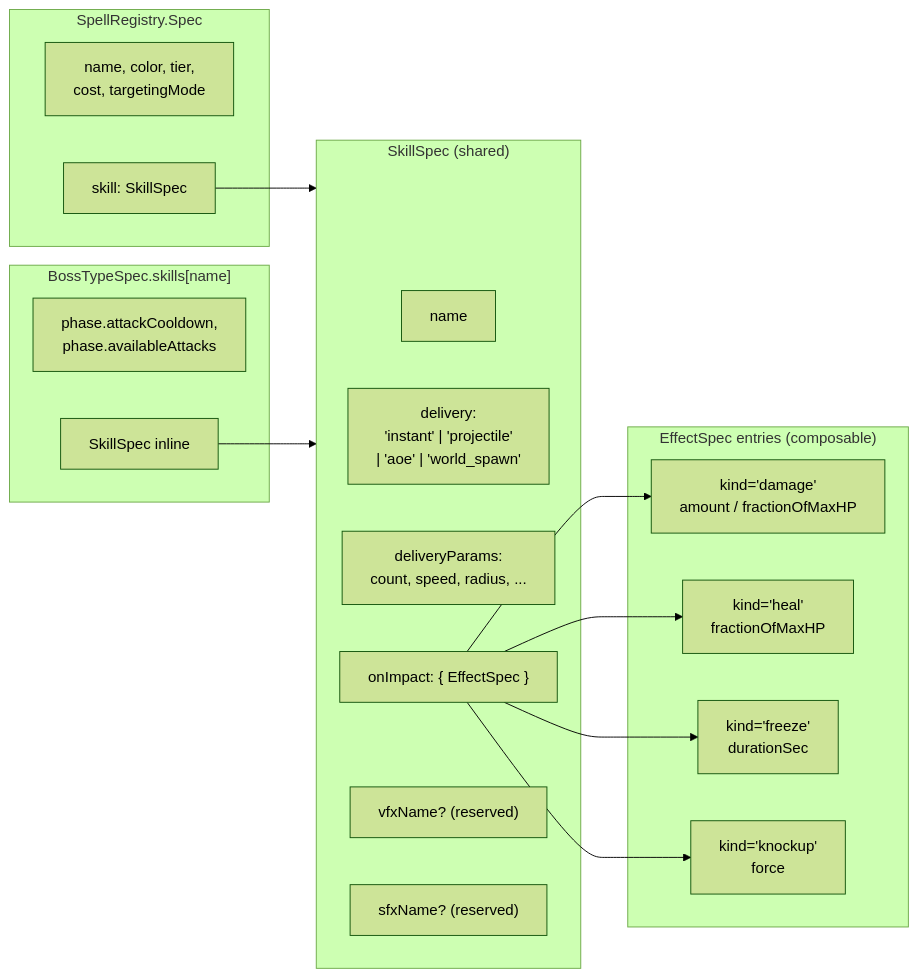
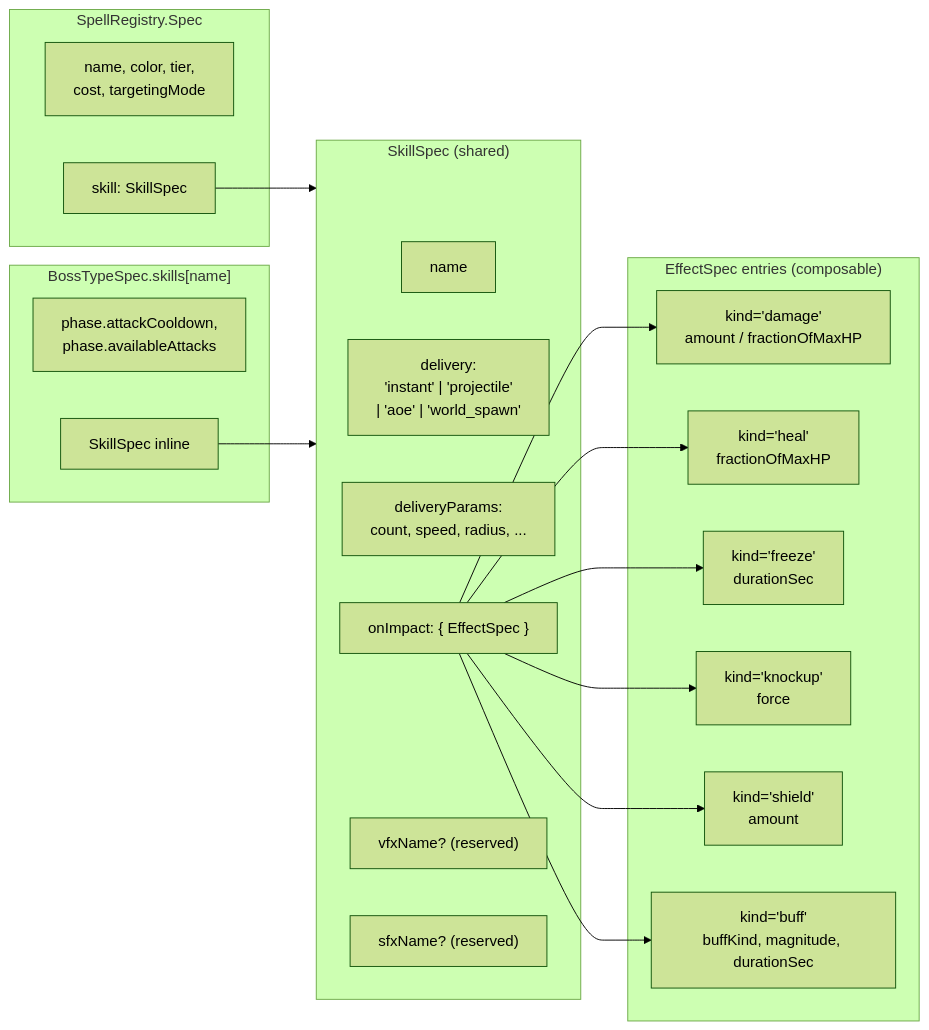
One commit to Lukizanda/brain-fighter changed the second of 5 diagrams in wiki/systems/SkillPipeline.md. Above: the diagram before and after it, drawn with Mermaid (forest theme). The commit also changed other lines of this file and 19 other files, not shown here.

First line of the commit message:
feat(skills): implement shield and buff, delete wall stub (5.2)

````diff
--- a/wiki/systems/SkillPipeline.md
+++ b/wiki/systems/SkillPipeline.md
@@ -62,35 +64,39 @@
 ```mermaid
 graph LR
     subgraph PlayerWrapper["SpellRegistry.Spec"]
         W1["name, color, tier,<br/>cost, targetingMode"]
         S1["skill: SkillSpec"]
     end
 
     subgraph BossWrapper["BossTypeSpec.skills[name]"]
         W2["phase.attackCooldown,<br/>phase.availableAttacks"]
         S2["SkillSpec inline"]
     end
 
     subgraph SkillCore["SkillSpec (shared)"]
         SN["name"]
         SD["delivery:<br/>'instant' | 'projectile'<br/>| 'aoe' | 'world_spawn'"]
         SDP["deliveryParams:<br/>count, speed, radius, ..."]
         SOI["onImpact: { EffectSpec }"]
         SVF["vfxName? (reserved)"]
         SSF["sfxName? (reserved)"]
     end
 
     subgraph Effects["EffectSpec entries (composable)"]
         E1["kind='damage'<br/>amount / fractionOfMaxHP"]
         E2["kind='heal'<br/>fractionOfMaxHP"]
         E3["kind='freeze'<br/>durationSec"]
         E4["kind='knockup'<br/>force"]
+        E5["kind='shield'<br/>amount"]
+        E6["kind='buff'<br/>buffKind, magnitude, durationSec"]
     end
 
     S1 --> SkillCore
     S2 --> SkillCore
     SOI --> E1
     SOI --> E2
     SOI --> E3
     SOI --> E4
+    SOI --> E5
+    SOI --> E6
 ```
````
